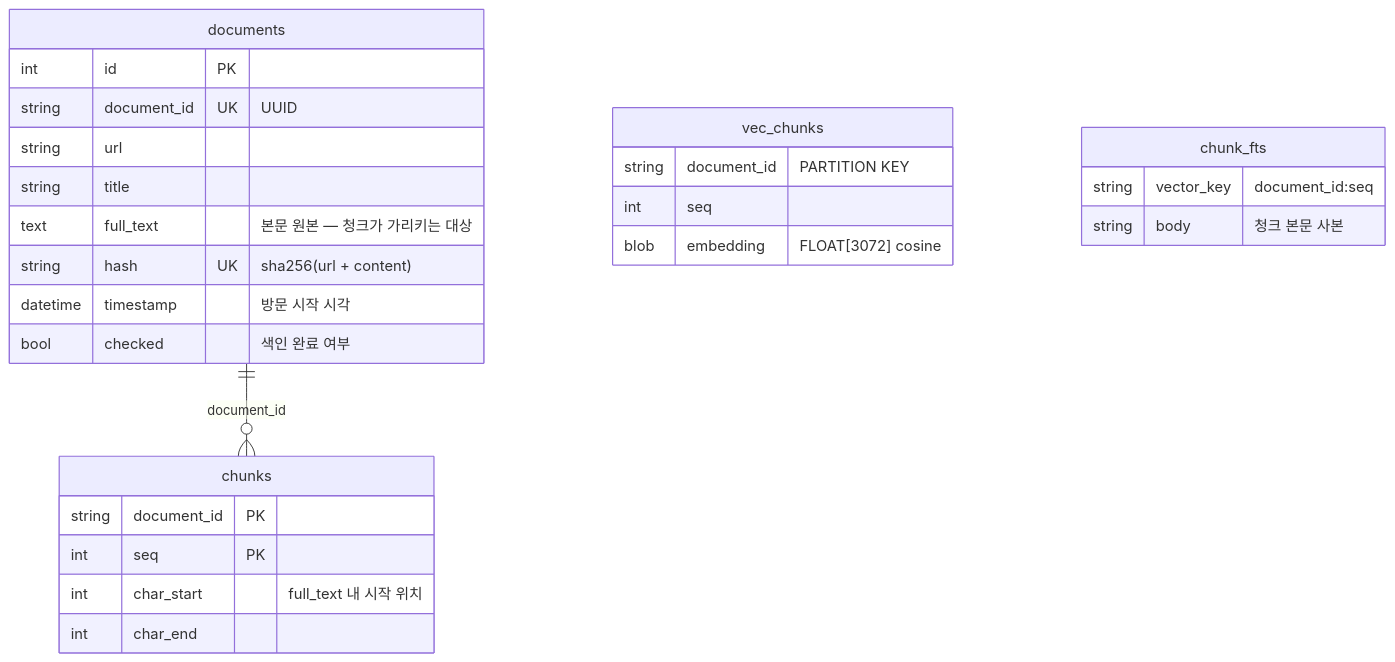
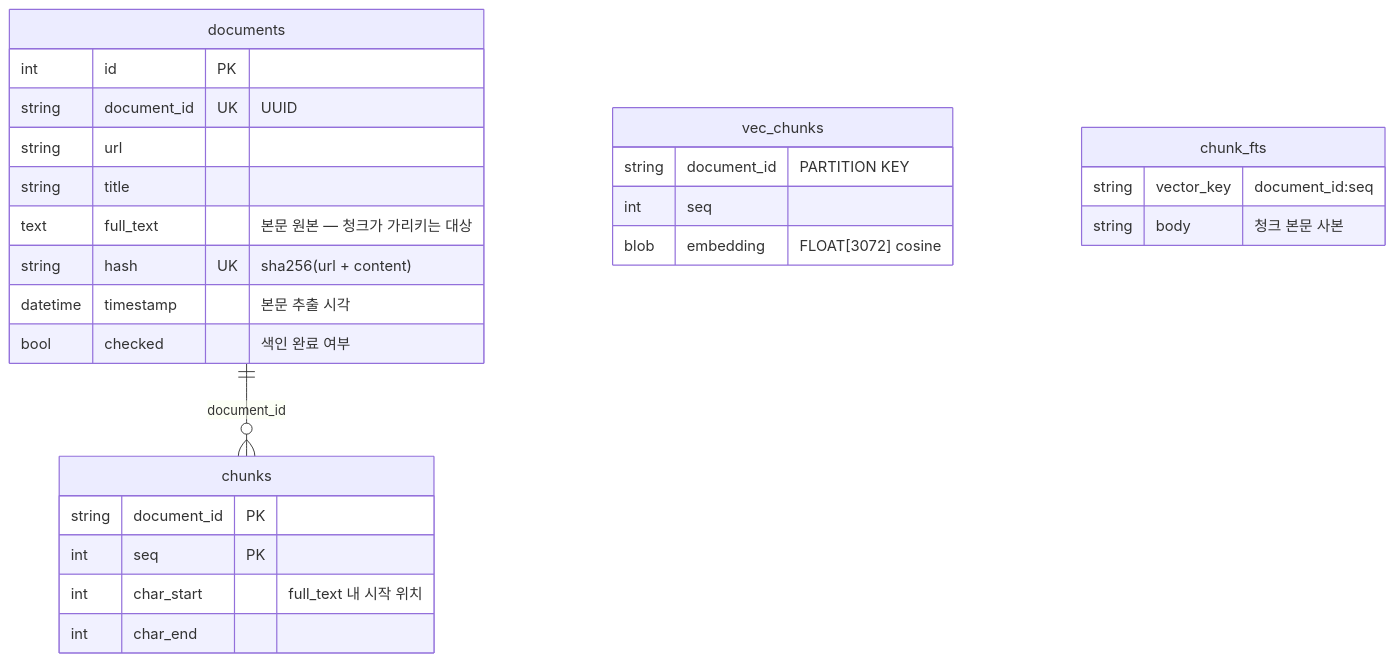
Before and after one commit to haesuo566/history_tracker: the third of 3 diagrams in docs/collection-pipeline.md, drawn with Mermaid. The commit also changed other lines of this file and 12 other files, not shown here.

````diff
--- a/docs/collection-pipeline.md
+++ b/docs/collection-pipeline.md
@@ -354,29 +351,29 @@
 ```mermaid
 erDiagram
     documents ||--o{ chunks : "document_id"
     documents {
         int id PK
         string document_id UK "UUID"
         string url
         string title
         text full_text "본문 원본 — 청크가 가리키는 대상"
         string hash UK "sha256(url + content)"
-        datetime timestamp "방문 시작 시각"
+        datetime timestamp "본문 추출 시각"
         bool checked "색인 완료 여부"
     }
     chunks {
         string document_id PK
         int seq PK
         int char_start "full_text 내 시작 위치"
         int char_end
     }
     vec_chunks {
         string document_id "PARTITION KEY"
         int seq
         blob embedding "FLOAT[3072] cosine"
     }
     chunk_fts {
         string vector_key "document_id:seq"
         string body "청크 본문 사본"
     }
 ```
````
